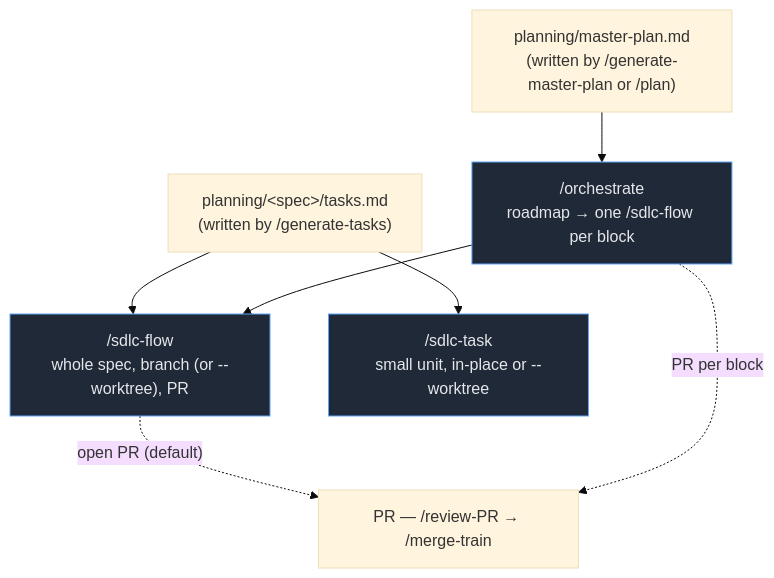
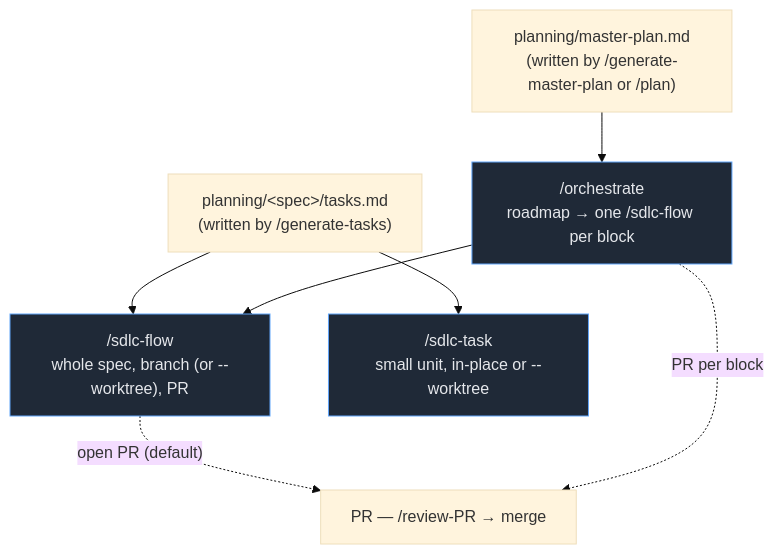
One commit to bredmond1019/agentic-base-template changed the diagram in docs/workflows/index.md. Above: the diagram before and after it, drawn with Mermaid (base theme). The commit also changed other lines of this file and 32 other files, not shown here.

````diff
--- a/docs/workflows/index.md
+++ b/docs/workflows/index.md
@@ -49,17 +49,17 @@
 ```mermaid
 flowchart TD
     plan["planning/&lt;spec&gt;/tasks.md<br/>(written by /generate-tasks)"]
     roadmap["planning/master-plan.md<br/>(written by /generate-master-plan or /plan)"]
 
     plan --> flow["/sdlc-flow<br/>whole spec, branch (or --worktree), PR"]
     plan --> task["/sdlc-task<br/>small unit, in-place or --worktree"]
 
     roadmap --> orch["/orchestrate<br/>roadmap → one /sdlc-flow per block"]
     orch --> flow
 
-    flow -. "open PR (default)" .-> pr["PR — /review-PR → /merge-train"]
+    flow -. "open PR (default)" .-> pr["PR — /review-PR → merge"]
     orch -. "PR per block" .-> pr
 
     classDef engine fill:#1f2937,stroke:#60a5fa,color:#e5e7eb;
     class flow,task,orch engine;
 ```
````
